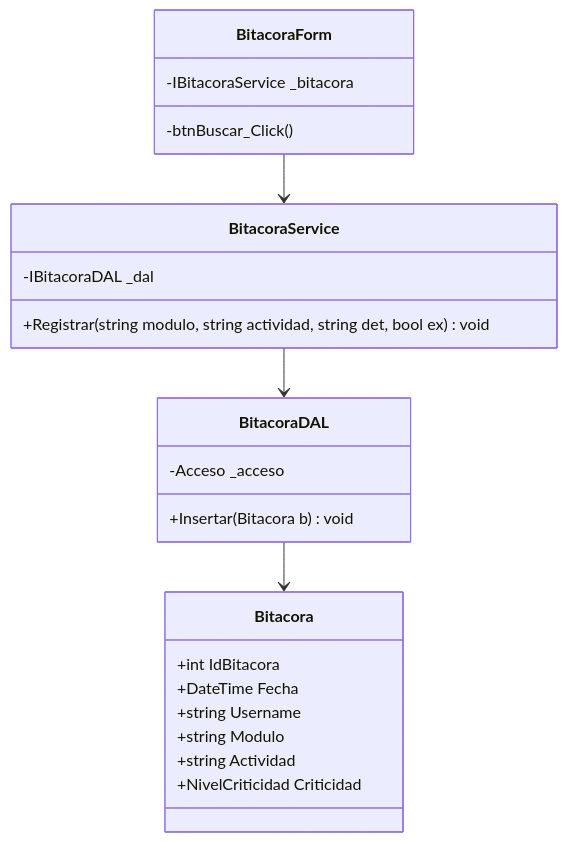
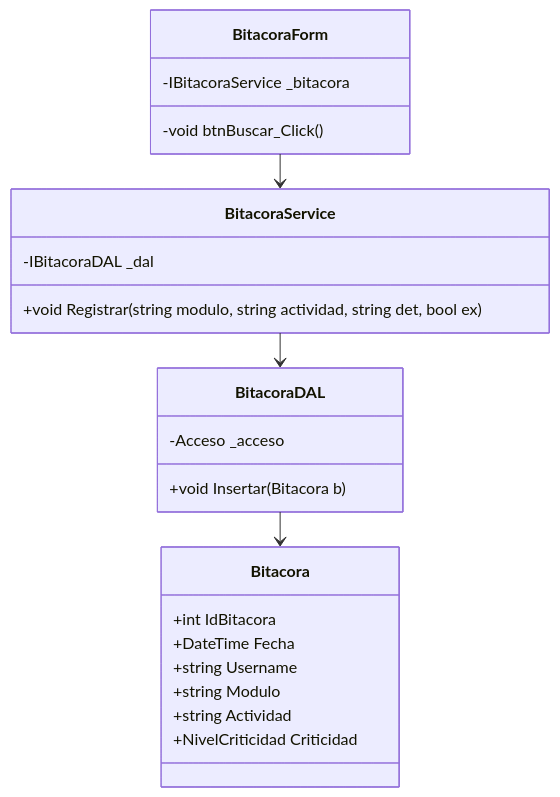
The eighth of 25 diagrams in Documentacion/diagrams_code.md (LautiSmyth/Stach), drawn with Mermaid before and after one commit. The commit also changed other lines of this file, not shown here.

Commit message:
Doc: Format all Mermaid diagrams to match student ELK configuration layout and standard C# member type/name declarations

````diff
--- a/Documentacion/diagrams_code.md
+++ b/Documentacion/diagrams_code.md
@@ -187,26 +208,30 @@
 ```mermaid
+---
+config:
+  layout: elk
+---
 classDiagram
     class BitacoraForm {
         -IBitacoraService _bitacora
-        -btnBuscar_Click()
+        -void btnBuscar_Click()
     }
     class BitacoraService {
         -IBitacoraDAL _dal
-        +Registrar(string modulo, string actividad, string det, bool ex) void
+        +void Registrar(string modulo, string actividad, string det, bool ex)
     }
     class BitacoraDAL {
         -Acceso _acceso
-        +Insertar(Bitacora b) void
+        +void Insertar(Bitacora b)
     }
     class Bitacora {
         +int IdBitacora
         +DateTime Fecha
         +string Username
         +string Modulo
         +string Actividad
         +NivelCriticidad Criticidad
     }
     BitacoraForm --> BitacoraService
     BitacoraService --> BitacoraDAL
     BitacoraDAL --> Bitacora
 ```
````
